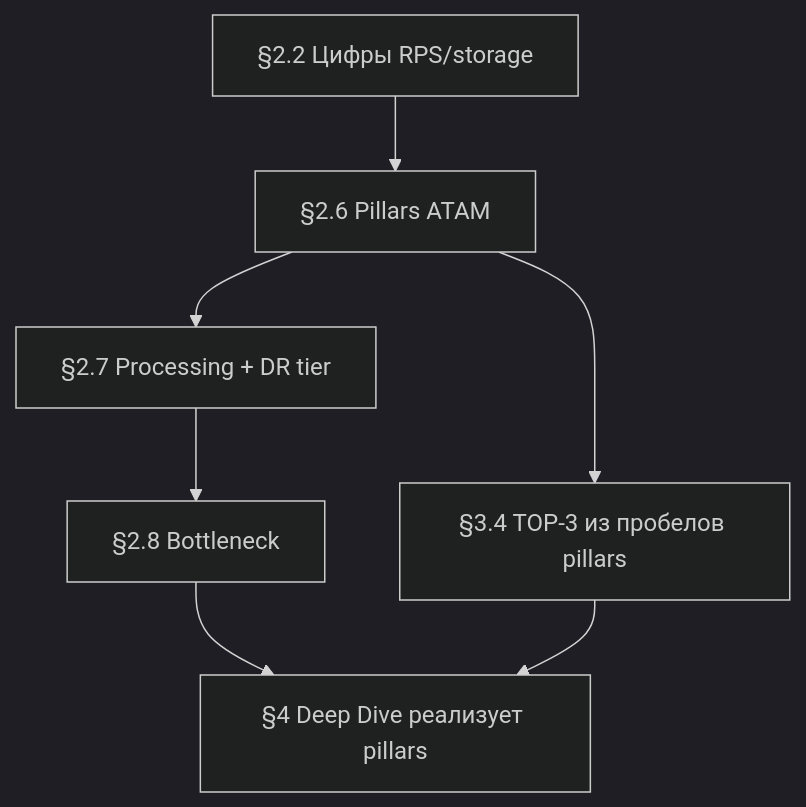
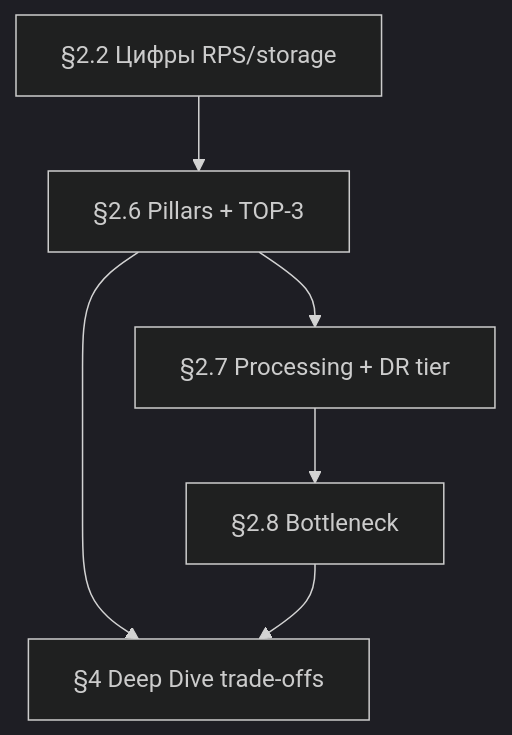
The second of 2 diagrams in FRAMEWORK.md (Mr-Radion/system-design-interview), drawn with Mermaid (dark theme) before and after one commit. The commit also changed other lines of this file and 11 other files, not shown here.

````diff
--- a/FRAMEWORK.md
+++ b/FRAMEWORK.md
@@ -56,16 +54,14 @@
 ```mermaid
 flowchart TD
     N22["§2.2 Цифры RPS/storage"]
-    N26["§2.6 Pillars ATAM"]
+    N26["§2.6 Pillars + TOP-3"]
     N27["§2.7 Processing + DR tier"]
     N28["§2.8 Bottleneck"]
-    H34["§3.4 TOP-3 из пробелов pillars"]
-    D4["§4 Deep Dive реализует pillars"]
+    D4["§4 Deep Dive trade-offs"]
 
     N22 --> N26
     N26 --> N27
     N27 --> N28
-    N26 --> H34
+    N26 --> D4
     N28 --> D4
-    H34 --> D4
 ```
````
